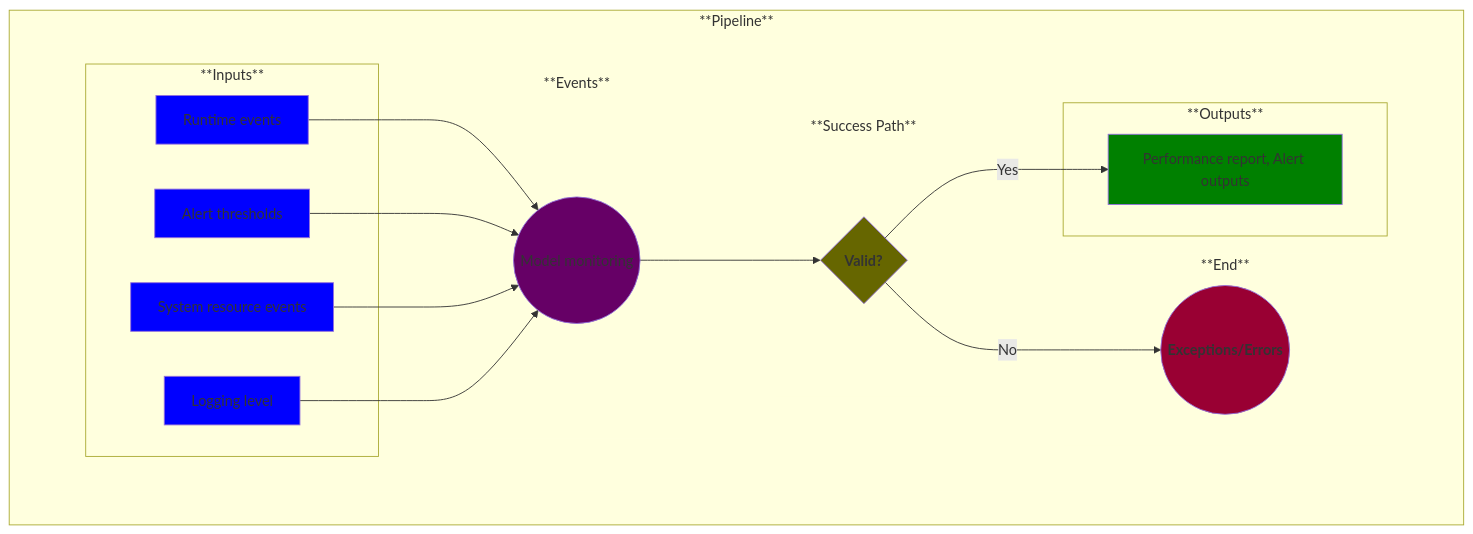
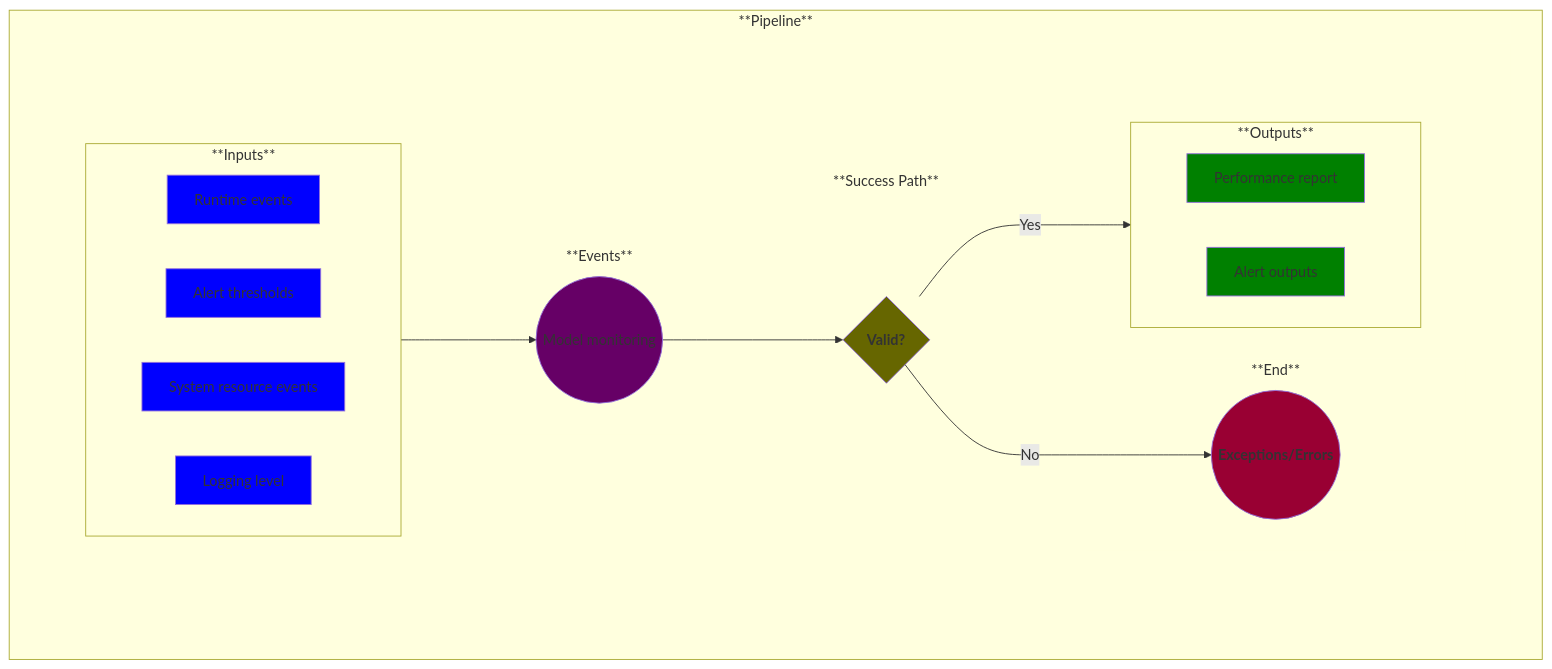
The diagram in use-cases/20-model-monitoring.md (MLOps-OpenAPI/arch-diagrams), drawn with Mermaid before and after one commit. The commit also changed other lines of this file and 20 other files, not shown here.

Commit message:
Switched arrows to groups rather than individual inputs/outputs

````diff
--- a/use-cases/20-model-monitoring.md
+++ b/use-cases/20-model-monitoring.md
@@ -40,14 +40,8 @@
             %% Add the rest of the nodes
             subgraph Inputs ["**Inputs**"]
                 A1
-            end
-            subgraph Inputs ["**Inputs**"]
                 A2
-            end
-            subgraph Inputs ["**Inputs**"]
                 A3
-            end
-            subgraph Inputs ["**Inputs**"]
                 A4
             end
             subgraph Events ["**Events**"]
@@ -60,21 +54,16 @@
                 E
             end
             subgraph Outputs ["**Outputs**"]
-                D
-            end
-            subgraph Outputs ["**Outputs**"]
-                D
+                D1
+                D2
             end
         end
-        A1-->B
-        A2-->B
-        A3-->B
-        A4-->B
+        Inputs-->B
 
         %%C--> | test text | D
         B-->C
-        C--> |Yes | D
-        C--> |No | E
+        C--> | Yes | Outputs
+        C--> | No | E
         %%D--> | test text | E
     end
 
@@ -102,15 +91,16 @@
     E((<b>Exceptions/Errors</b>))
     style E fill:#990033
 
-    D[Performance report, Alert outputs]
-    style D fill:green
+    D1[Performance report]
+    style D1 fill:green
+
+    D2[Alert outputs]
+    style D2 fill:green
 
     %% Remove unnecessary box outlines
     style invisibleSpace stroke-width:0
-    style Inputs stroke-width:0
     style Events stroke-width:0
     style End stroke-width:0
     style Success stroke-width:0
-    style Outputs stroke-width:0
 
 ```
````
